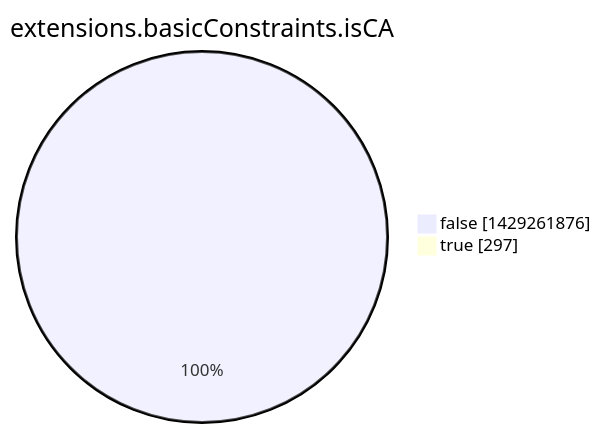
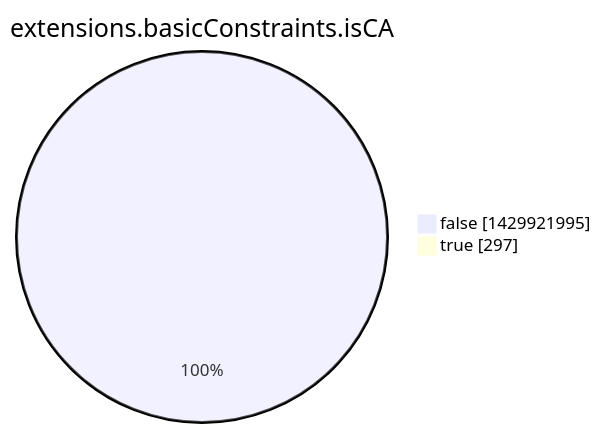
Before and after one commit to christiankrug/ctmonitor_visualization: the eighth of 15 diagrams in argon2022/README.md, drawn with Mermaid. The commit also changed other lines of this file, not shown here.

````diff
--- a/argon2022/README.md
+++ b/argon2022/README.md
@@ -2760,6 +2760,6 @@
 ```mermaid
 pie showData
 title extensions.basicConstraints.isCA
-"false" :1429261876
+"false" :1429921995
 "true" :297
 ```
````
